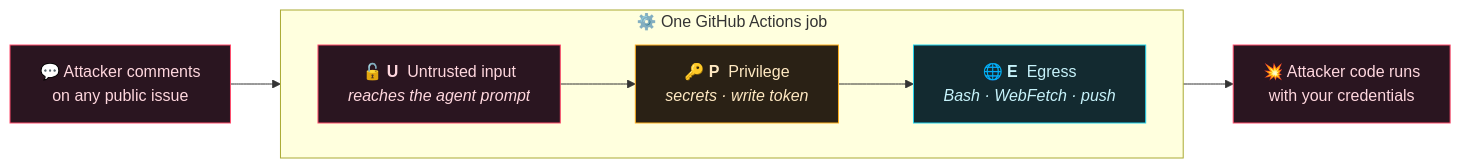
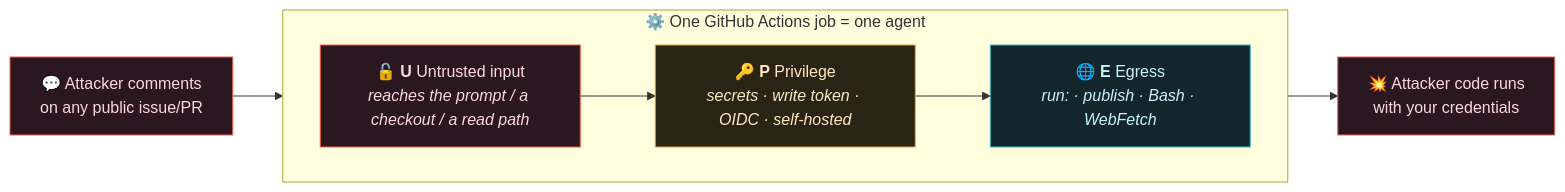
The first of 7 diagrams in README.md (girnarholdings/TriDelPhi), drawn with Mermaid before and after one commit. The commit also changed other lines of this file, not shown here.

First line of the commit message:
Rewrite the README as a technical deep-dive with architecture graphs and credits

````diff
--- a/README.md
+++ b/README.md
@@ -85,18 +78,18 @@
 ```mermaid
 flowchart LR
-    A["💬 Attacker comments<br/>on any public issue"] --> B
-    subgraph JOB ["⚙️ One GitHub Actions job"]
+    A["💬 Attacker comments<br/>on any public issue/PR"] --> B
+    subgraph JOB ["⚙️ One GitHub Actions job = one agent"]
         direction LR
-        B["🔓 <b>U</b>&nbsp; Untrusted input<br/><i>reaches the agent prompt</i>"]
-        C["🔑 <b>P</b>&nbsp; Privilege<br/><i>secrets · write token</i>"]
-        D["🌐 <b>E</b>&nbsp; Egress<br/><i>Bash · WebFetch · push</i>"]
+        B["🔓 <b>U</b> Untrusted input<br/><i>reaches the prompt / a checkout / a read path</i>"]
+        C["🔑 <b>P</b> Privilege<br/><i>secrets · write token · OIDC · self-hosted</i>"]
+        D["🌐 <b>E</b> Egress<br/><i>run: · publish · Bash · WebFetch</i>"]
         B --> C --> D
     end
     D --> E["💥 Attacker code runs<br/>with your credentials"]
 
-    style A fill:#2a1520,stroke:#ff4d6d,color:#ffd7de
-    style B fill:#2a1520,stroke:#ff4d6d,color:#ffd7de
-    style C fill:#2a2115,stroke:#ffb020,color:#ffe9c2
-    style D fill:#132a30,stroke:#22d3ee,color:#c7f3fb
-    style E fill:#2a1520,stroke:#ff4d6d,color:#ffd7de
+    style A fill:#2a1720,stroke:#f2604f,color:#ffd7de
+    style B fill:#2a1720,stroke:#f2604f,color:#ffd7de
+    style C fill:#2a2415,stroke:#eaa63a,color:#ffe9c2
+    style D fill:#12262c,stroke:#41bcc8,color:#c7f3fb
+    style E fill:#2a1720,stroke:#f2604f,color:#ffd7de
 ```
````
